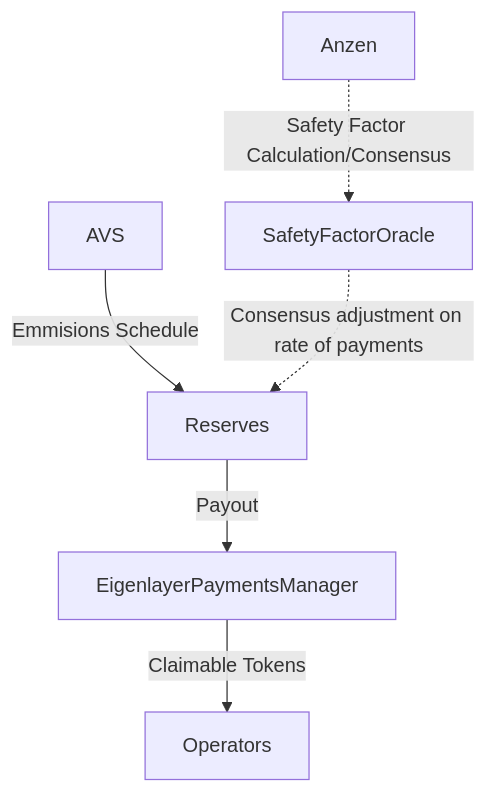
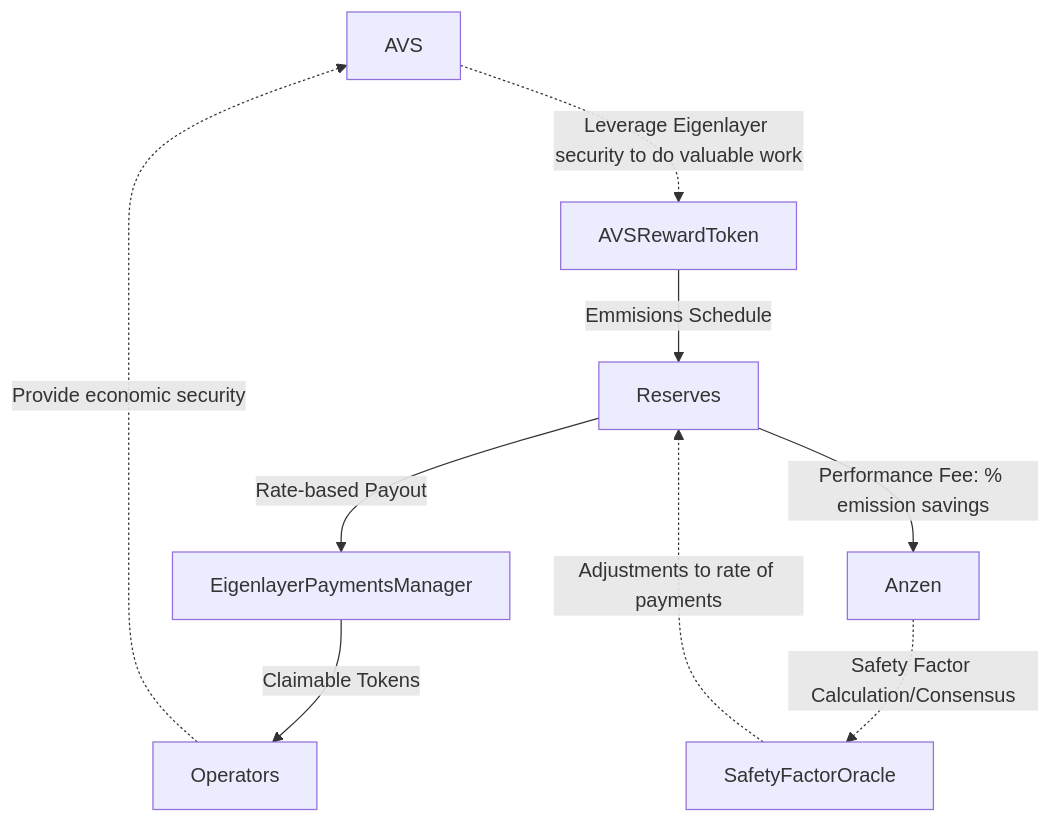
One commit to devgod1007/anzen-contracts changed the diagram in README.md. Above: the diagram before and after it, drawn with Mermaid. The commit also changed other lines of this file, not shown here.

````diff
--- a/README.md
+++ b/README.md
@@ -18,11 +18,15 @@
 ```mermaid
 graph TD;
-AVS-->|Emmisions Schedule| Reserves;
-Reserves-->|Payout| EigenlayerPaymentsManager;
+AVS-.->|Leverage Eigenlayer security to do valuable work| AVSRewardToken;
+AVSRewardToken-->|Emmisions Schedule| Reserves;
+Reserves-->|Rate-based Payout| EigenlayerPaymentsManager;
 EigenlayerPaymentsManager-->|Claimable Tokens|Operators;
 
-SafetyFactorOracle-.->|Consensus adjustment on rate of payments|Reserves
+SafetyFactorOracle-.->|Adjustments to rate of payments|Reserves
 
 Anzen-.->|Safety Factor Calculation/Consensus|SafetyFactorOracle;
 
+Reserves-->|Performance Fee: % emission savings|Anzen;
+
+Operators-.->|Provide economic security|AVS;
 ```
````
